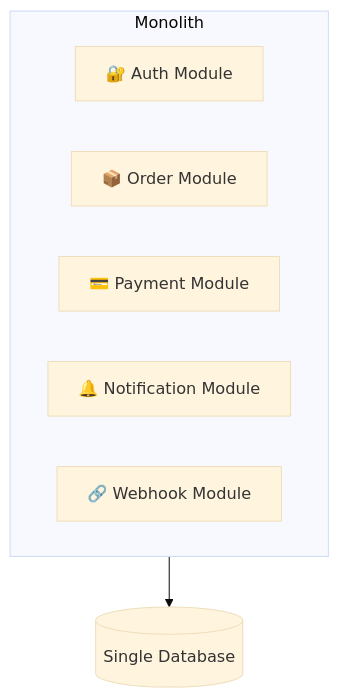
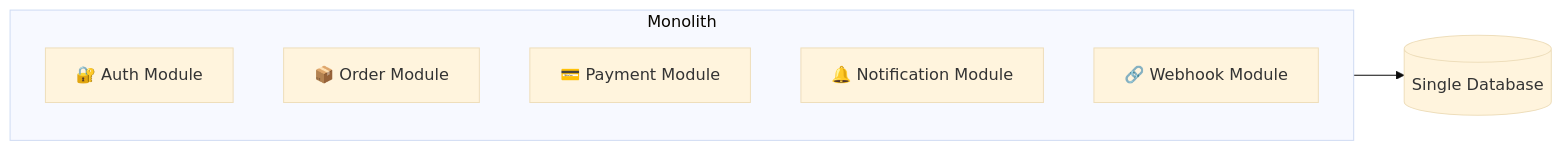
Before and after one commit to ahmed-226/Backend-from-first-principles: diagram 18 of 27 in 16.Backend Scaling and Performance Engineering/part2/README.md, drawn with Mermaid (base theme). The commit also changed other lines of this file, not shown here.

````diff
--- a/16.Backend Scaling and Performance Engineering/part2/README.md
+++ b/16.Backend Scaling and Performance Engineering/part2/README.md
@@ -531,13 +579,13 @@
 ```mermaid
-graph TD
+graph LR
     subgraph Monolith
         Auth["🔐 Auth Module"]
         Orders["📦 Order Module"]
         Payments["💳 Payment Module"]
         Notifications["🔔 Notification Module"]
         Webhooks["🔗 Webhook Module"]
     end
 
     DB[("Single Database")]
     Monolith --> DB
 ```
````
